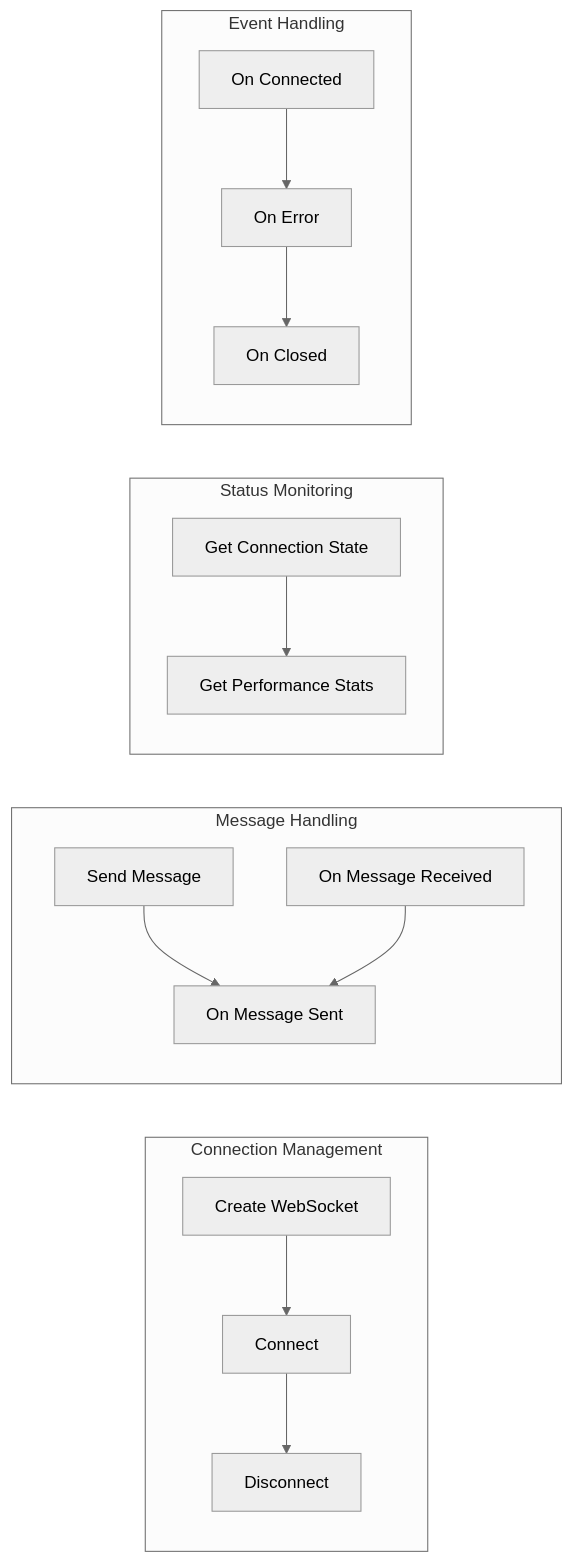
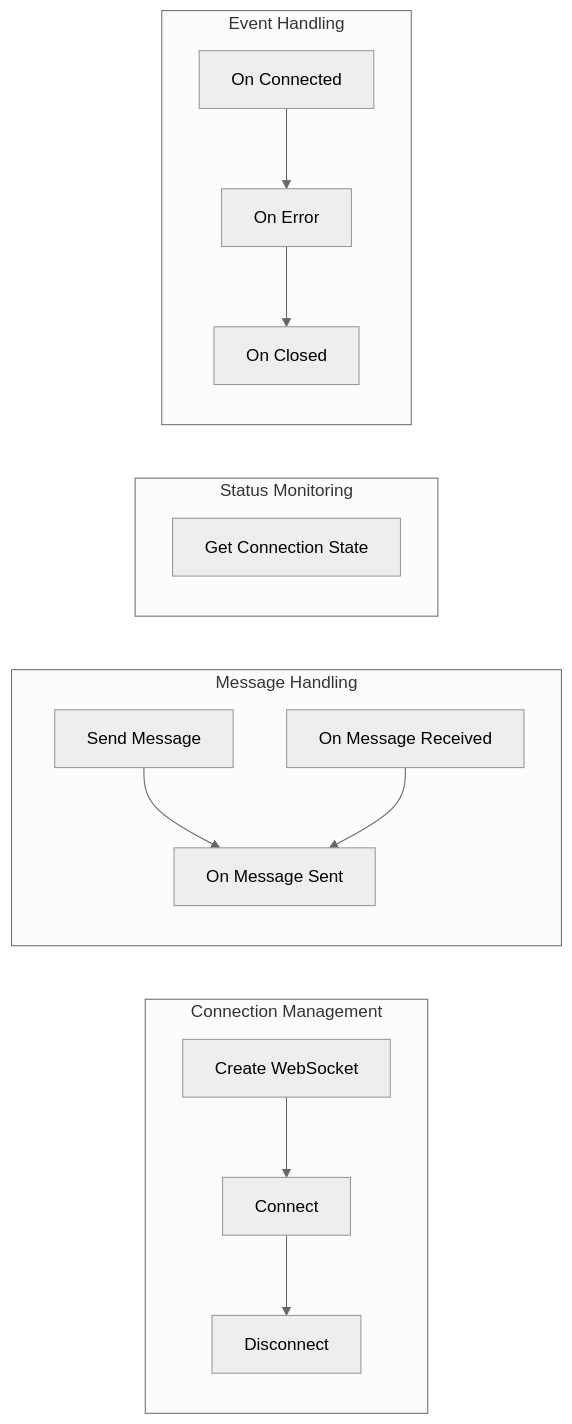
Before and after one commit to Tuafo/Horizon-Plugin-UE5-test: the fourth of 5 diagrams in README.md, drawn with Mermaid (neutral theme). The commit also changed other lines of this file and 7 other files, not shown here.

Commit message:
Update all code comments and README to reflect simplified API and architecture

````diff
--- a/README.md
+++ b/README.md
@@ -145,36 +145,35 @@
 ```mermaid
 graph LR
     subgraph "Connection Management"
         CBP[Create WebSocket]
         CONN[Connect]
         DISC[Disconnect]
         
         CBP --> CONN
         CONN --> DISC
     end
     
     subgraph "Message Handling"
         SEND[Send Message]
         RECV[On Message Received]
         SENT[On Message Sent]
         
         SEND --> SENT
         RECV --> SENT
     end
     
     subgraph "Status Monitoring"
         STAT[Get Connection State]
-        PERF[Get Performance Stats]
         
-        STAT --> PERF
+        STAT
     end
     
     subgraph "Event Handling"
         OCONN[On Connected]
         OERR[On Error]
         OCLOSE[On Closed]
         
         OCONN --> OERR
         OERR --> OCLOSE
     end
 ```
````
